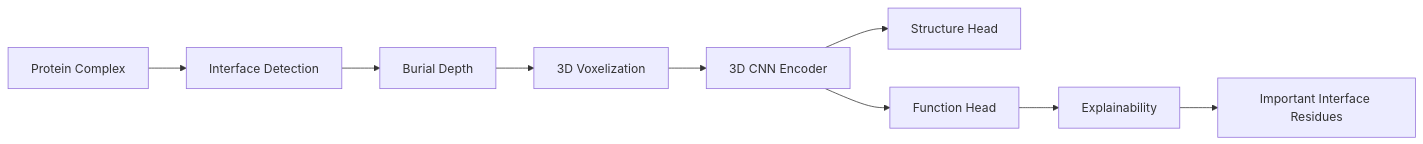
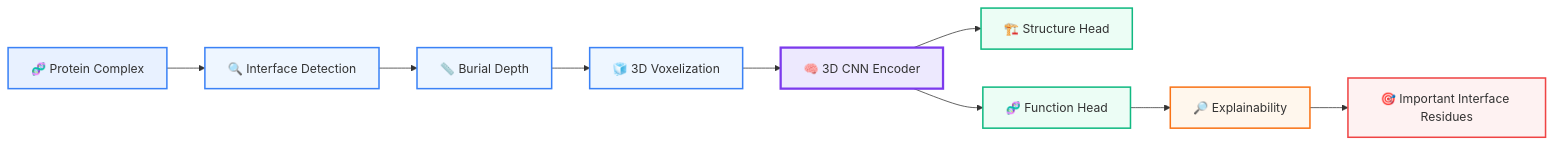
The diagram in README.md (AbdelmoujoudFaris/DLPP), drawn with Mermaid before and after one commit.

````diff
--- a/README.md
+++ b/README.md
@@ -44,11 +44,23 @@
 ```mermaid
 flowchart LR
-    A[Protein Complex] --> B[Interface Detection]
-    B --> C[Burial Depth]
-    C --> D[3D Voxelization]
-    D --> E[3D CNN Encoder]
-    E --> F[Structure Head]
-    E --> G[Function Head]
-    G --> H[Explainability]
-    H --> I[Important Interface Residues]
+    A["🧬 Protein Complex"] --> B["🔍 Interface Detection"]
+    B --> C["📏 Burial Depth"]
+    C --> D["🧊 3D Voxelization"]
+    D --> E["🧠 3D CNN Encoder"]
+
+    E --> F["🏗️ Structure Head"]
+    E --> G["🧬 Function Head"]
+
+    G --> H["🔎 Explainability"]
+    H --> I["🎯 Important Interface Residues"]
+
+    style A fill:#E8F1FF,stroke:#3B82F6,stroke-width:2px
+    style B fill:#EEF6FF,stroke:#3B82F6,stroke-width:2px
+    style C fill:#EEF6FF,stroke:#3B82F6,stroke-width:2px
+    style D fill:#EEF6FF,stroke:#3B82F6,stroke-width:2px
+    style E fill:#EDE9FE,stroke:#7C3AED,stroke-width:3px
+    style F fill:#ECFDF5,stroke:#10B981,stroke-width:2px
+    style G fill:#ECFDF5,stroke:#10B981,stroke-width:2px
+    style H fill:#FFF7ED,stroke:#F97316,stroke-width:2px
+    style I fill:#FEF2F2,stroke:#EF4444,stroke-width:2px
 ```
````
